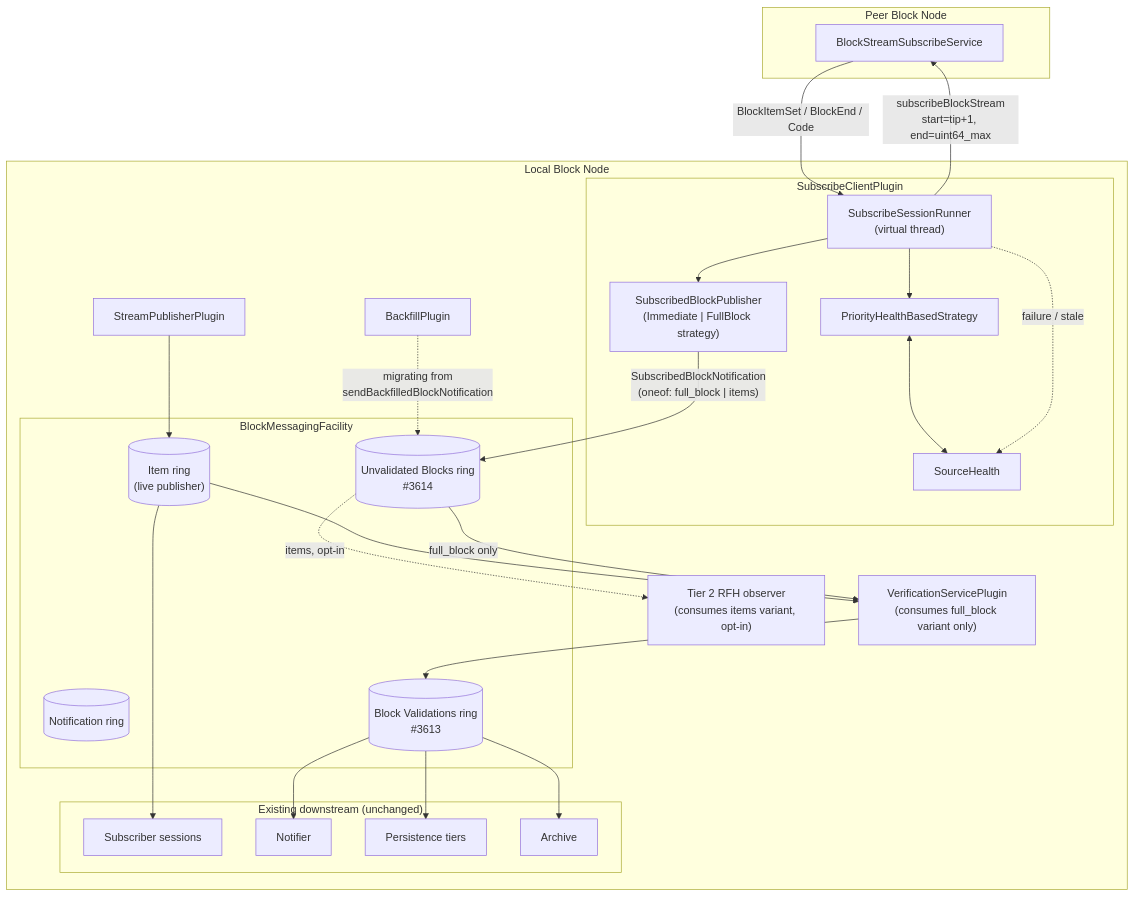
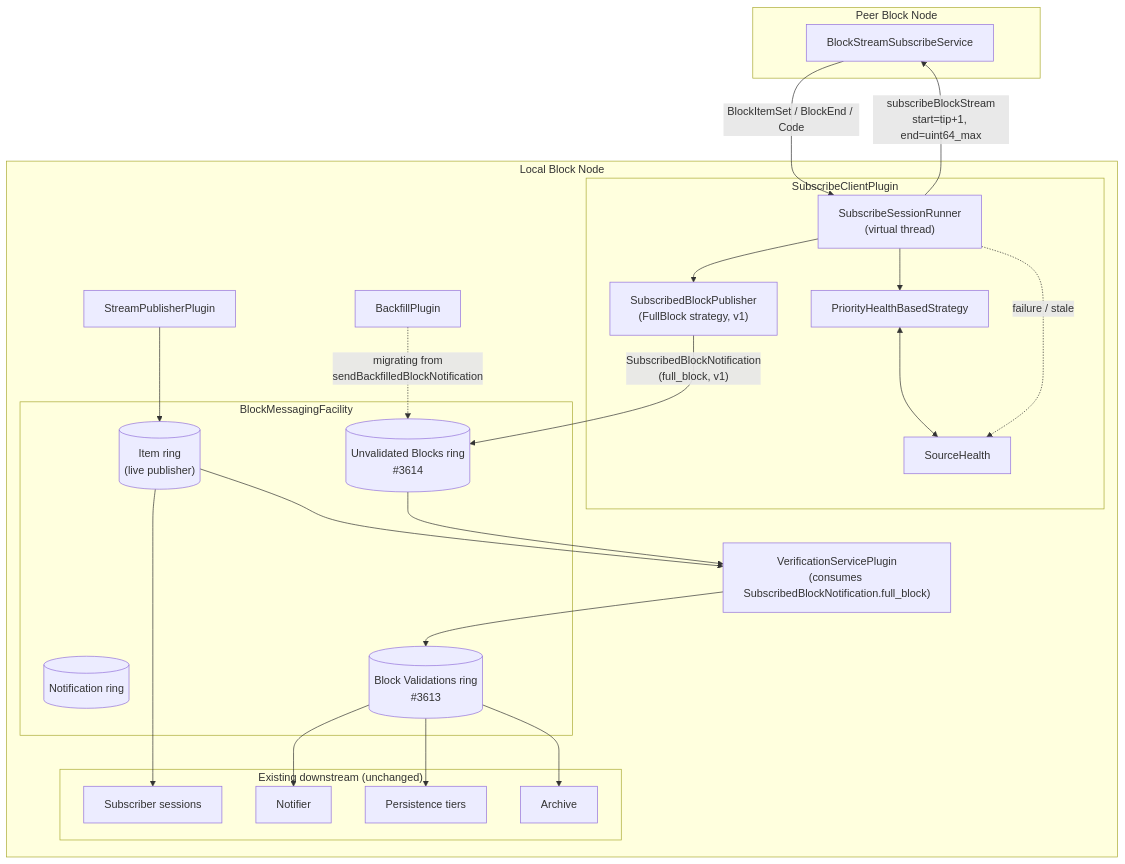
One commit to hiero-ledger/hiero-block-node changed the first of 2 diagrams in docs/design/streaming/subscribe-client-plugin.md. Above: the diagram before and after it, drawn with Mermaid. The commit also changed other lines of this file, not shown here.

````diff
--- a/docs/design/streaming/subscribe-client-plugin.md
+++ b/docs/design/streaming/subscribe-client-plugin.md
@@ -474,55 +455,52 @@
 ```mermaid
 flowchart TB
   subgraph Peer["Peer Block Node"]
     PSS["BlockStreamSubscribeService"]
   end
 
   subgraph Local["Local Block Node"]
     subgraph Plugin["SubscribeClientPlugin"]
       SSR["SubscribeSessionRunner<br/>(virtual thread)"]
-      SBP["SubscribedBlockPublisher<br/>(Immediate | FullBlock strategy)"]
+      SBP["SubscribedBlockPublisher<br/>(FullBlock strategy, v1)"]
       SEL["PriorityHealthBasedStrategy"]
       SH["SourceHealth"]
     end
 
     subgraph Facility["BlockMessagingFacility"]
       IR[("Item ring<br/>(live publisher)")]
       NR[("Notification ring")]
       VR[("Block Validations ring<br/>#3613")]
       UR[("Unvalidated Blocks ring<br/>#3614")]
     end
 
     SPP["StreamPublisherPlugin"]
     BFP["BackfillPlugin"]
 
-    VER["VerificationServicePlugin<br/>(consumes full_block variant only)"]
-
-    JAS["Tier 2 RFH observer<br/>(consumes items variant, opt-in)"]
+    VER["VerificationServicePlugin<br/>(consumes SubscribedBlockNotification.full_block)"]
 
     subgraph Downstream["Existing downstream (unchanged)"]
       SUB["Subscriber sessions"]
       NOT["Notifier"]
       PER["Persistence tiers"]
       ARC["Archive"]
     end
   end
 
   SSR -->|"subscribeBlockStream<br/>start=tip+1, end=uint64_max"| PSS
   PSS -->|"BlockItemSet / BlockEnd / Code"| SSR
   SSR --> SBP
-  SBP -->|"SubscribedBlockNotification<br/>(oneof: full_block | items)"| UR
+  SBP -->|"SubscribedBlockNotification<br/>(full_block, v1)"| UR
   BFP -.->|"migrating from<br/>sendBackfilledBlockNotification"| UR
   SPP --> IR
   IR --> VER
-  UR -->|"full_block only"| VER
-  UR -.->|"items, opt-in"| JAS
+  UR --> VER
   VER --> VR
   VR --> PER
   VR --> ARC
   VR --> NOT
   IR --> SUB
 
   SEL <--> SH
   SSR --> SEL
   SSR -.->|"failure / stale"| SH
 ```
````
